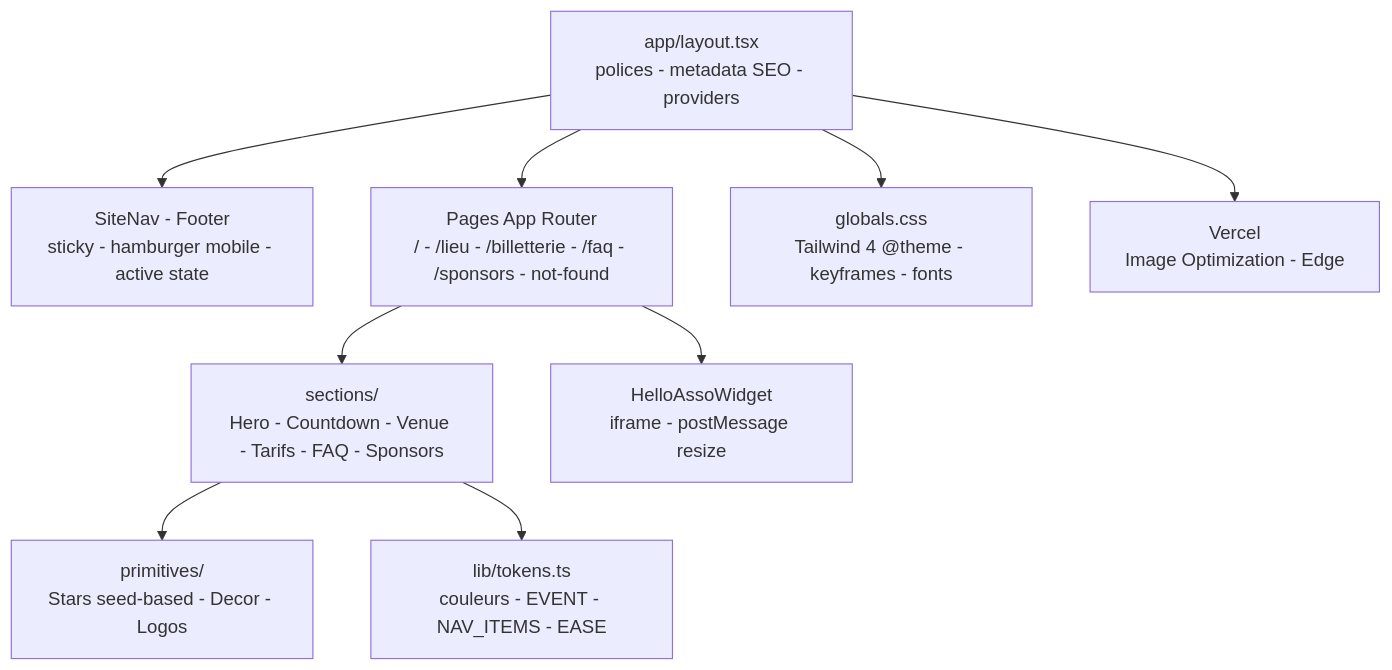
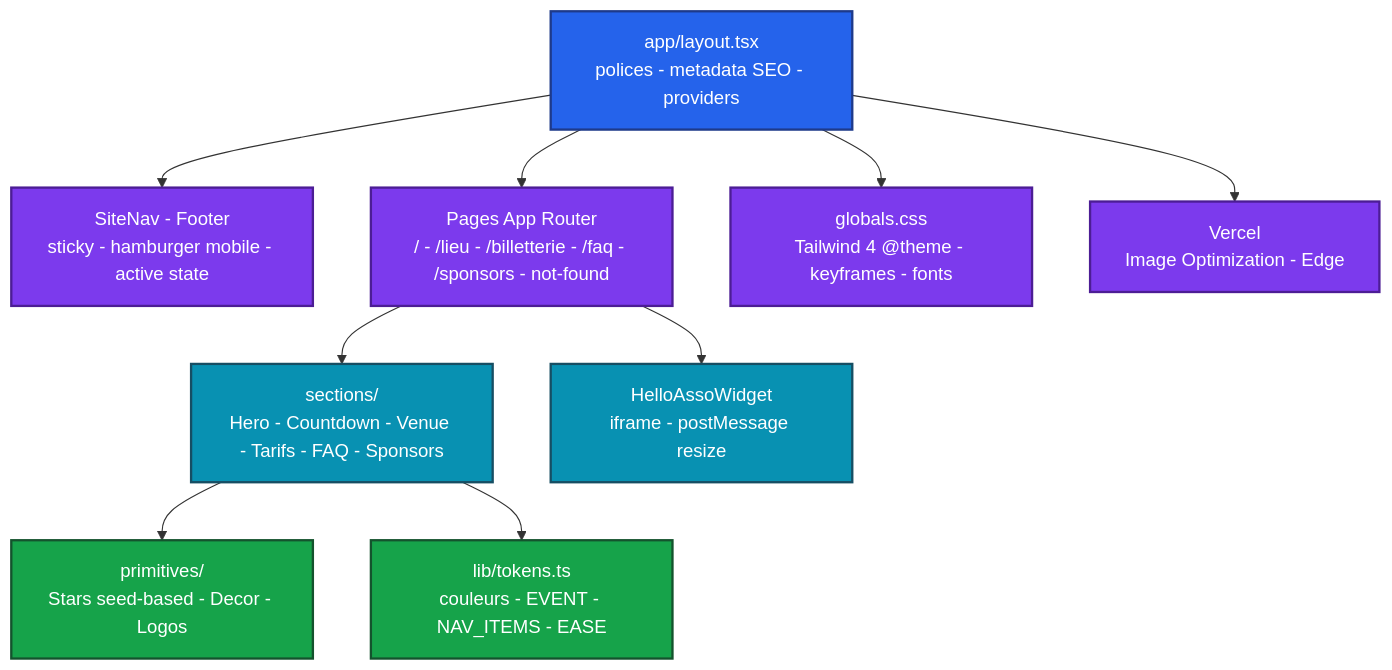
The diagram in README.md (Adam-Blf/la-nuit-de-l-efrei), drawn with Mermaid before and after one commit.

Commit message:
docs: add colors to mermaid diagrams (#6)
Each node gets a palette class (by subgraph or by flow depth), subgraphs are tinted, non-flowchart diagrams use a colored base theme. Validated by rendering every diagram before and after.

````diff
--- a/README.md
+++ b/README.md
@@ -32,21 +32,30 @@
 ```mermaid
 flowchart TB
     L["app/layout.tsx<br/>polices - metadata SEO - providers"]
     NAV["SiteNav - Footer<br/>sticky - hamburger mobile - active state"]
     PAGES["Pages App Router<br/>/ - /lieu - /billetterie - /faq - /sponsors - not-found"]
     SEC["sections/<br/>Hero - Countdown - Venue - Tarifs - FAQ - Sponsors"]
     PRIM["primitives/<br/>Stars seed-based - Decor - Logos"]
     TOK["lib/tokens.ts<br/>couleurs - EVENT - NAV_ITEMS - EASE"]
     CSS["globals.css<br/>Tailwind 4 @theme - keyframes - fonts"]
     HA["HelloAssoWidget<br/>iframe - postMessage resize"]
     V["Vercel<br/>Image Optimization - Edge"]
 
     L --> NAV
     L --> PAGES
     PAGES --> SEC
     SEC --> PRIM
     SEC --> TOK
     L --> CSS
     PAGES --> HA
     L --> V
+
+    classDef c0 fill:#2563eb,stroke:#1e3a8a,stroke-width:2px,color:#ffffff
+    classDef c1 fill:#7c3aed,stroke:#4c1d95,stroke-width:2px,color:#ffffff
+    classDef c2 fill:#0891b2,stroke:#164e63,stroke-width:2px,color:#ffffff
+    classDef c3 fill:#16a34a,stroke:#14532d,stroke-width:2px,color:#ffffff
+    class L c0
+    class NAV,PAGES,CSS,V c1
+    class SEC,HA c2
+    class PRIM,TOK c3
 ```
````
